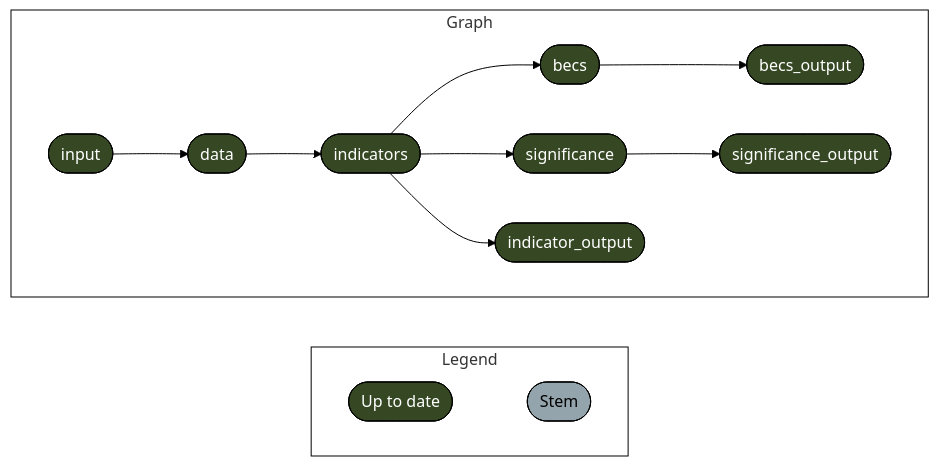
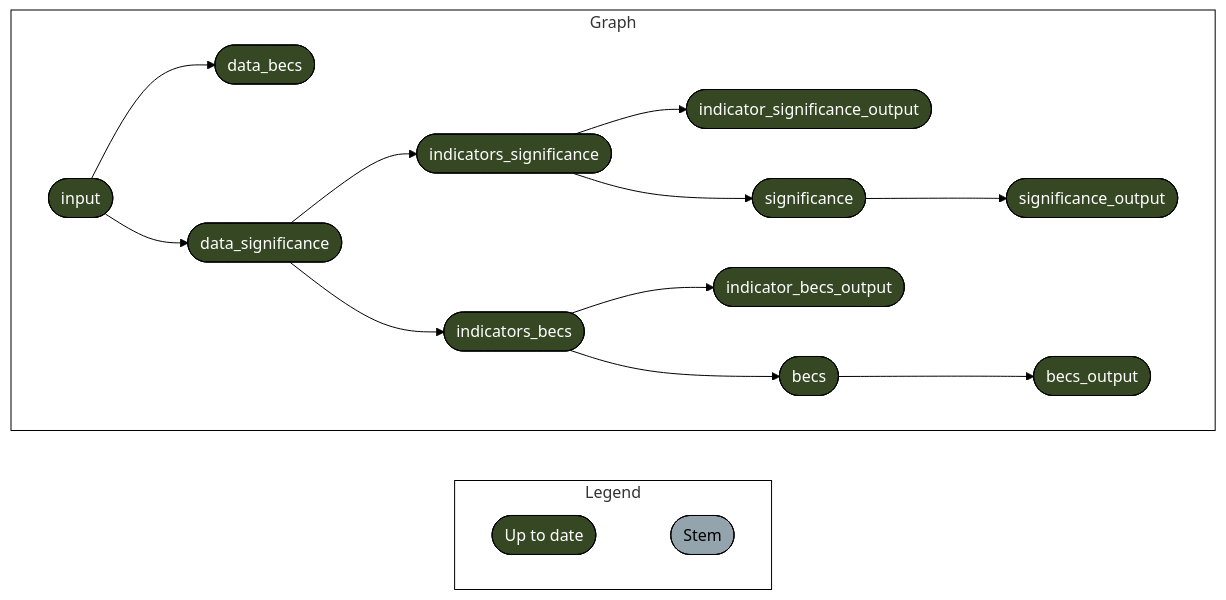
One commit to mapme-initiative/disclosure-report changed the diagram in README.md. Above: the diagram before and after it, drawn with Mermaid (forest theme).

````diff
--- a/README.md
+++ b/README.md
@@ -80,22 +80,25 @@
 ``` mermaid
 graph LR
   style Legend fill:#FFFFFF00,stroke:#000000;
   style Graph fill:#FFFFFF00,stroke:#000000;
   subgraph Legend
     direction LR
     xf1522833a4d242c5([""Up to date""]):::uptodate --- xd03d7c7dd2ddda2b([""Stem""]):::none
   end
   subgraph Graph
     direction LR
+    x2ee4157c3daee3b7(["input"]):::uptodate --> xe4b00d9ed1f7eb40(["data_becs"]):::uptodate
+    xf32d41696f0fac92(["indicators_significance"]):::uptodate --> x6a9c2c4f3e20a9f1(["indicator_significance_output"]):::uptodate
     xa7183aa068895b4f(["becs"]):::uptodate --> xb6872e3b6bd85635(["becs_output"]):::uptodate
     xa538c4711b193115(["significance"]):::uptodate --> x21a9e021e2a8eb5c(["significance_output"]):::uptodate
-    x148bea66679381e8(["indicators"]):::uptodate --> xa538c4711b193115(["significance"]):::uptodate
-    x148bea66679381e8(["indicators"]):::uptodate --> xd7196846cd1935c0(["indicator_output"]):::uptodate
-    x9755545176a05140(["data"]):::uptodate --> x148bea66679381e8(["indicators"]):::uptodate
-    x2ee4157c3daee3b7(["input"]):::uptodate --> x9755545176a05140(["data"]):::uptodate
-    x148bea66679381e8(["indicators"]):::uptodate --> xa7183aa068895b4f(["becs"]):::uptodate
+    xf32d41696f0fac92(["indicators_significance"]):::uptodate --> xa538c4711b193115(["significance"]):::uptodate
+    x525023cdda67ad49(["indicators_becs"]):::uptodate --> xfbd891b54e8d2e6a(["indicator_becs_output"]):::uptodate
+    x2ee4157c3daee3b7(["input"]):::uptodate --> xfff36268423248d8(["data_significance"]):::uptodate
+    x525023cdda67ad49(["indicators_becs"]):::uptodate --> xa7183aa068895b4f(["becs"]):::uptodate
+    xfff36268423248d8(["data_significance"]):::uptodate --> xf32d41696f0fac92(["indicators_significance"]):::uptodate
+    xfff36268423248d8(["data_significance"]):::uptodate --> x525023cdda67ad49(["indicators_becs"]):::uptodate
   end
   classDef uptodate stroke:#000000,color:#ffffff,fill:#354823;
   classDef none stroke:#000000,color:#000000,fill:#94a4ac;
   linkStyle 0 stroke-width:0px;
 ```
````
